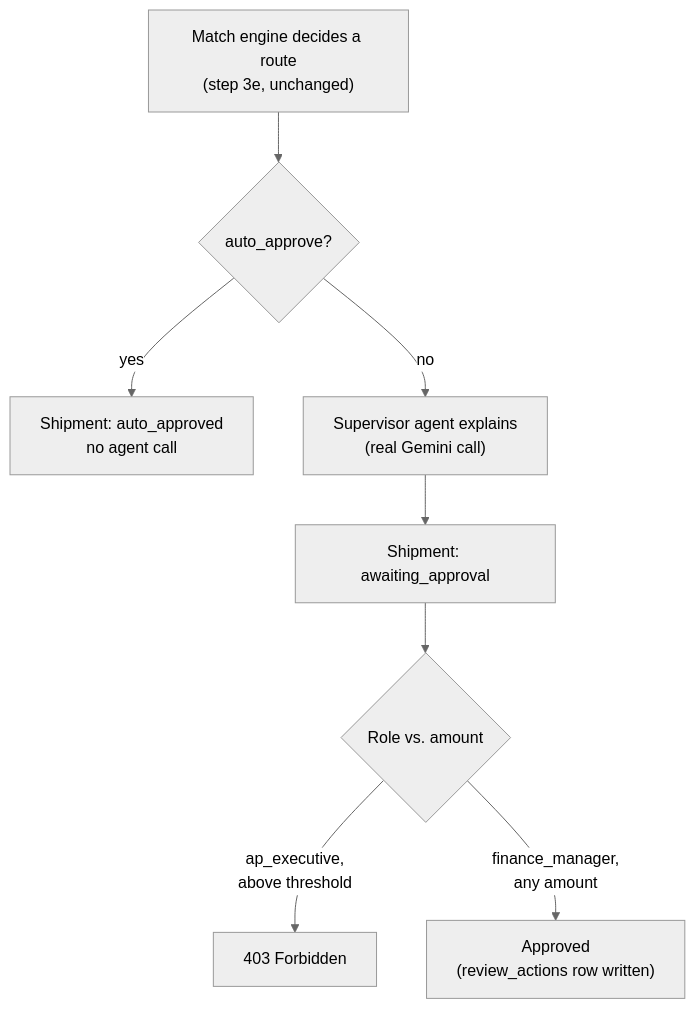
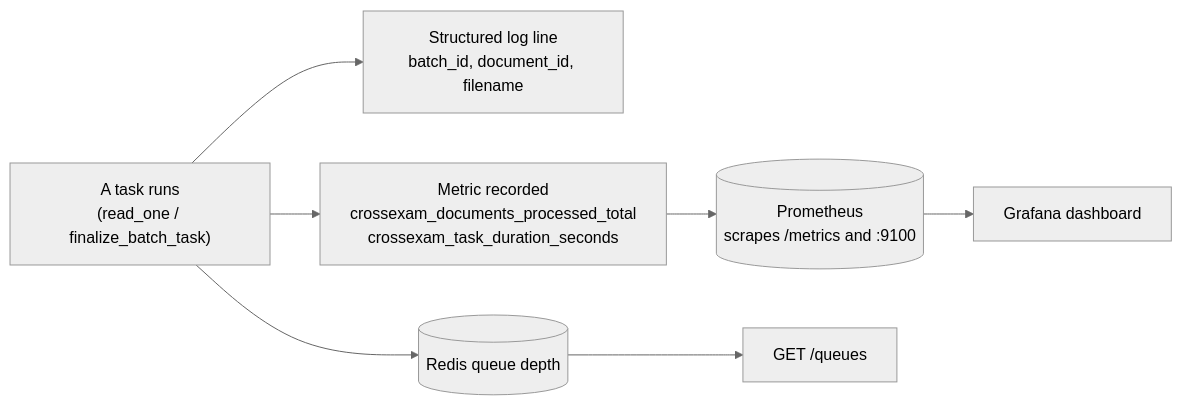
Before and after one commit to capchitts/crossexam-project: the second of 2 diagrams in README.md, drawn with Mermaid (neutral theme). The commit also changed other lines of this file and 24 other files, not shown here.

````diff
--- a/README.md
+++ b/README.md
@@ -37,10 +35,9 @@
 ```mermaid
-flowchart TD
-    M["Match engine decides a route<br/>(step 3e, unchanged)"] --> D{"auto_approve?"}
-    D -- yes --> AA["Shipment: auto_approved<br/>no agent call"]
-    D -- no --> AG["Supervisor agent explains<br/>(real Gemini call)"]
-    AG --> W["Shipment: awaiting_approval"]
-    W --> R{"Role vs. amount"}
-    R -- "ap_executive,<br/>above threshold" --> F["403 Forbidden"]
-    R -- "finance_manager,<br/>any amount" --> OK["Approved<br/>(review_actions row written)"]
+flowchart LR
+    T["A task runs<br/>(read_one / finalize_batch_task)"] --> L["Structured log line<br/>batch_id, document_id, filename"]
+    T --> M["Metric recorded<br/>crossexam_documents_processed_total<br/>crossexam_task_duration_seconds"]
+    M --> P[("Prometheus<br/>scrapes /metrics and :9100")]
+    P --> G["Grafana dashboard"]
+    T --> Q[("Redis queue depth")]
+    Q --> API["GET /queues"]
 ```
````
